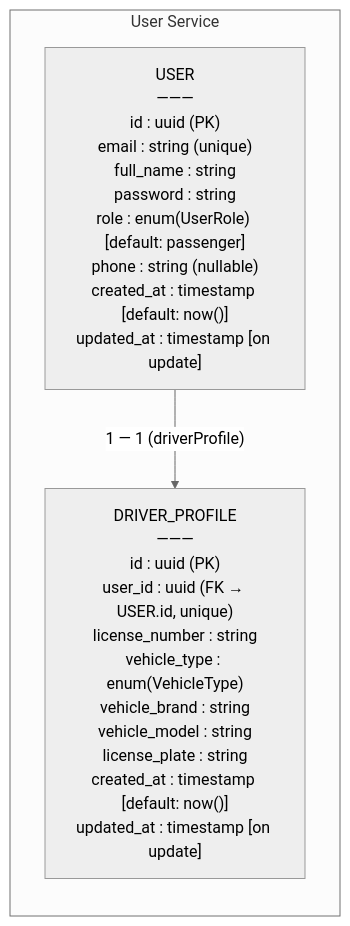
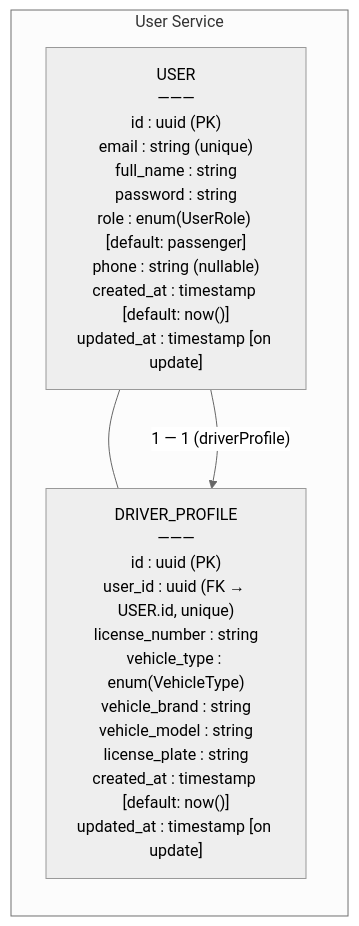
The third of 4 diagrams in ARCHITECTURE.md (LeVanHuy84/microservice-server), drawn with Mermaid (neutral theme) before and after one commit. The commit also changed other lines of this file, not shown here.

````diff
--- a/ARCHITECTURE.md
+++ b/ARCHITECTURE.md
@@ -137,15 +137,16 @@
 ``` mermaid
 flowchart LR
     %% ===== USER SERVICE =====
     subgraph UserService["User Service"]
         class UserService userService
 
         USER["USER<br>———<br>id : uuid (PK)<br>email : string (unique)<br>full_name : string<br>password : string<br>role : enum(UserRole) [default: passenger]<br>phone : string (nullable)<br>created_at : timestamp [default: now()]<br>updated_at : timestamp [on update]"]
 
         DRIVER_PROFILE["DRIVER_PROFILE<br>———<br>id : uuid (PK)<br>user_id : uuid (FK → USER.id, unique)<br>license_number : string<br>vehicle_type : enum(VehicleType)<br>vehicle_brand : string<br>vehicle_model : string<br>license_plate : string<br>created_at : timestamp [default: now()]<br>updated_at : timestamp [on update]"]
 
+        USER --- DRIVER_PROFILE
         %% Relationship
         USER -->|"1 — 1 (driverProfile)"| DRIVER_PROFILE
     end
 
 ```
````
